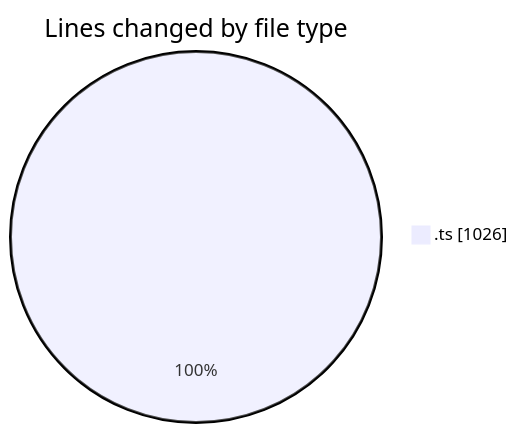
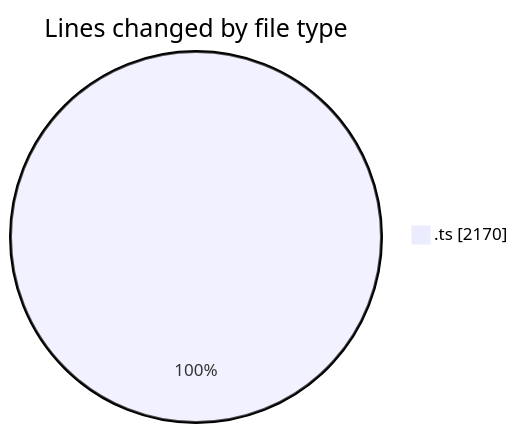
Before and after one commit to tmsrecording-cyber/code-tracking: the first of 2 diagrams in 2026-02-08/singularitybrainai/README.md, drawn with Mermaid. The commit also changed other lines of this file and 1 other file, not shown here.

````diff
--- a/2026-02-08/singularitybrainai/README.md
+++ b/2026-02-08/singularitybrainai/README.md
@@ -21,5 +21,5 @@
 ```mermaid
 pie showData
 title Lines changed by file type
-".ts" : 1026
+".ts" : 2170
 ```
````
